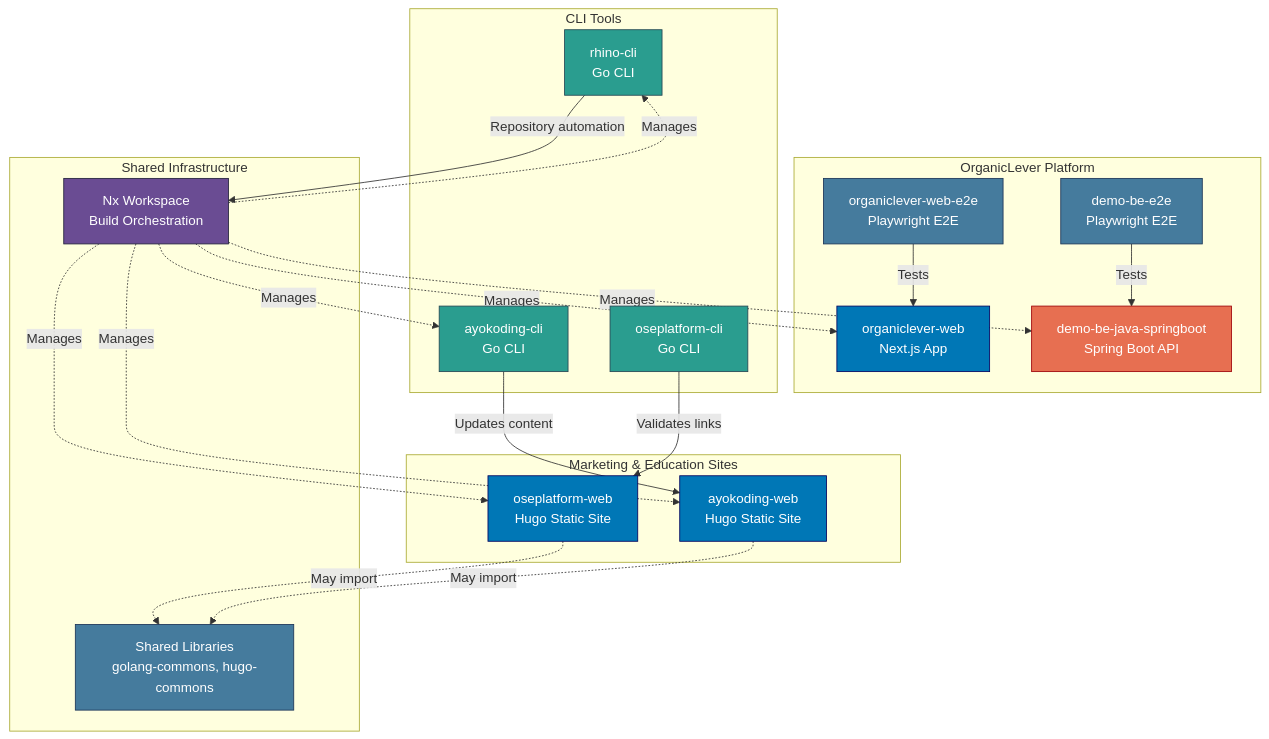
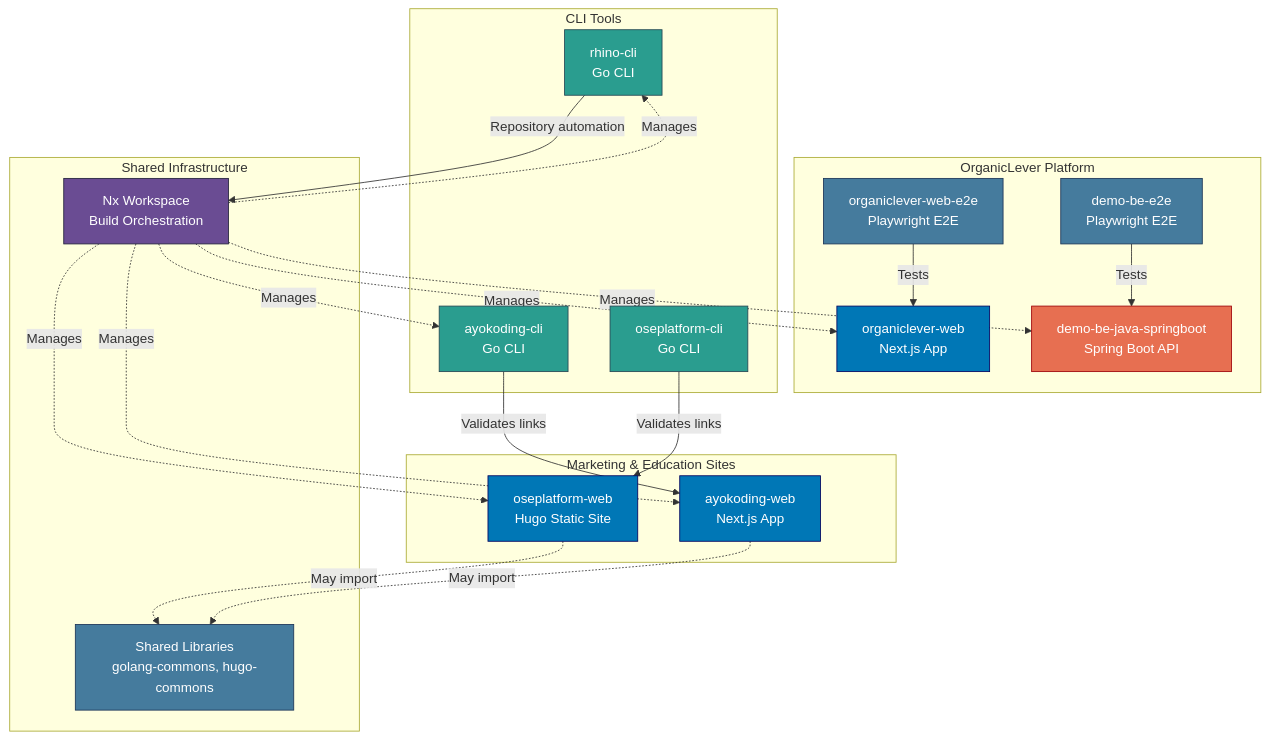
Before and after one commit to wahidyankf/open-sharia-enterprise: the diagram in docs/reference/system-architecture/re-syar__applications.md, drawn with Mermaid. The commit also changed other lines of this file and 299 other files, not shown here.

First line of the commit message:
refactor(ayokoding-web): migrate from Hugo to Next.js, archive v1, rename v2 to primary

````diff
--- a/docs/reference/system-architecture/re-syar__applications.md
+++ b/docs/reference/system-architecture/re-syar__applications.md
@@ -131,53 +128,53 @@
 ```mermaid
 graph TB
     subgraph "Marketing & Education Sites"
         OSE[oseplatform-web<br/>Hugo Static Site]
-        AYO[ayokoding-web<br/>Hugo Static Site]
+        AYO[ayokoding-web<br/>Next.js App]
     end
 
     subgraph "OrganicLever Platform"
         OL_WEB[organiclever-web<br/>Next.js App]
         OL_BE[demo-be-java-springboot<br/>Spring Boot API]
         OL_WEB_E2E[organiclever-web-e2e<br/>Playwright E2E]
         OL_BE_E2E[demo-be-e2e<br/>Playwright E2E]
     end
 
     subgraph "CLI Tools"
         AYOCLI[ayokoding-cli<br/>Go CLI]
         RHINO[rhino-cli<br/>Go CLI]
         OSECLI[oseplatform-cli<br/>Go CLI]
     end
 
     subgraph "Shared Infrastructure"
         NX[Nx Workspace<br/>Build Orchestration]
         LIBS[Shared Libraries<br/>golang-commons, hugo-commons]
     end
 
-    AYOCLI -->|Updates content| AYO
+    AYOCLI -->|Validates links| AYO
     RHINO -->|Repository automation| NX
     OSECLI -->|Validates links| OSE
     OL_WEB_E2E -->|Tests| OL_WEB
     OL_BE_E2E -->|Tests| OL_BE
 
     NX -.->|Manages| OSE
     NX -.->|Manages| AYO
     NX -.->|Manages| AYOCLI
     NX -.->|Manages| RHINO
     NX -.->|Manages| OL_WEB
     NX -.->|Manages| OL_BE
 
     OSE -.->|May import| LIBS
     AYO -.->|May import| LIBS
 
     style OSE fill:#0077b6,stroke:#03045e,color:#ffffff
     style AYO fill:#0077b6,stroke:#03045e,color:#ffffff
     style OL_WEB fill:#0077b6,stroke:#03045e,color:#ffffff
     style OL_BE fill:#e76f51,stroke:#9d0208,color:#ffffff
     style OL_WEB_E2E fill:#457b9d,stroke:#1d3557,color:#ffffff
     style OL_BE_E2E fill:#457b9d,stroke:#1d3557,color:#ffffff
     style AYOCLI fill:#2a9d8f,stroke:#264653,color:#ffffff
     style RHINO fill:#2a9d8f,stroke:#264653,color:#ffffff
     style OSECLI fill:#2a9d8f,stroke:#264653,color:#ffffff
     style NX fill:#6a4c93,stroke:#22223b,color:#ffffff
     style LIBS fill:#457b9d,stroke:#1d3557,color:#ffffff
 ```
````
